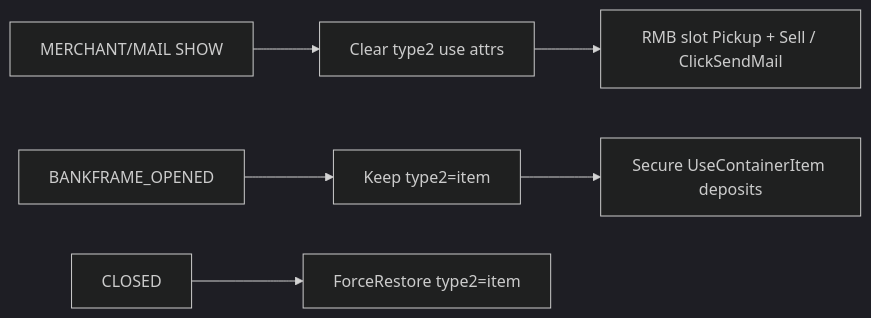
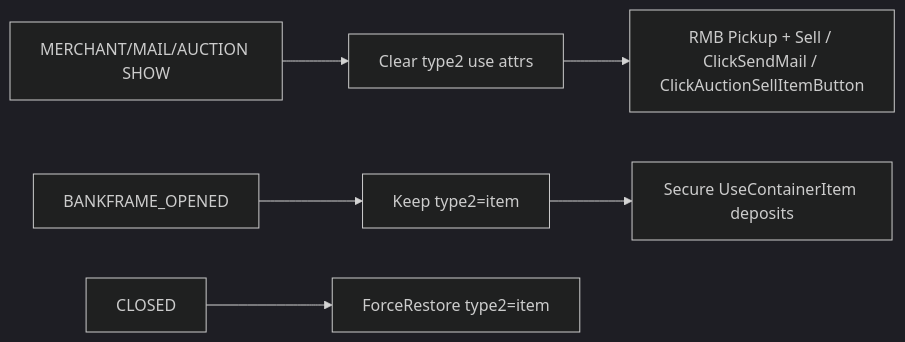
One commit to sirTurbisCZ/wow-forever-addons changed the fourth of 7 diagrams in addons/BetterBackpack/Docs/loops.md. Above: the diagram before and after it, drawn with Mermaid (dark theme). The commit also changed other lines of this file and 21 other files, not shown here.

````diff
--- a/addons/BetterBackpack/Docs/loops.md
+++ b/addons/BetterBackpack/Docs/loops.md
@@ -87,8 +87,8 @@
 ```mermaid
 flowchart LR
-  Show[MERCHANT/MAIL SHOW] --> Clear[Clear type2 use attrs]
-  Clear --> RMB[RMB slot Pickup + Sell / ClickSendMail]
+  Show[MERCHANT/MAIL/AUCTION SHOW] --> Clear[Clear type2 use attrs]
+  Clear --> RMB[RMB Pickup + Sell / ClickSendMail / ClickAuctionSellItemButton]
   BankShow[BANKFRAME_OPENED] --> Keep[Keep type2=item]
   Keep --> Deposit[Secure UseContainerItem deposits]
   Close[CLOSED] --> Restore[ForceRestore type2=item]
 ```
````
